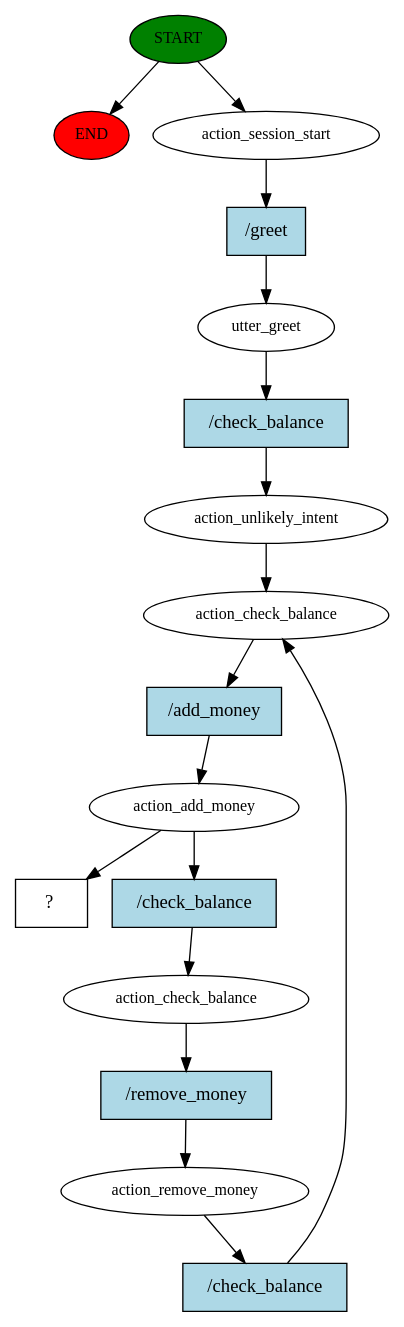
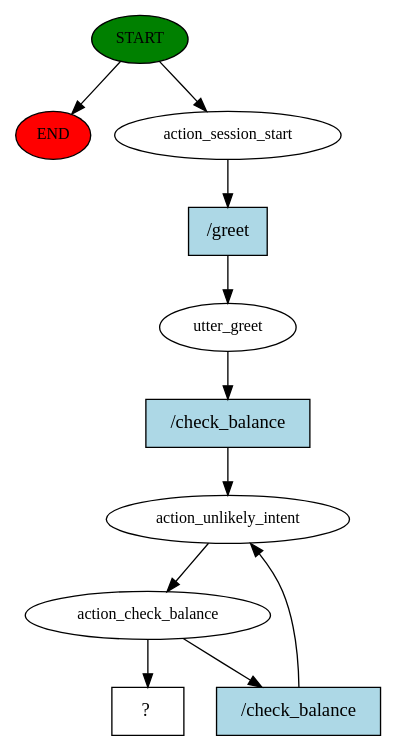
Before and after one commit to Digvijayphutane-NEOSOFT/RASA_mysql: the diagram in story_graph.dot, drawn with Graphviz. The commit also changed 5 other files, not shown here.

```diff
--- a/story_graph.dot
+++ b/story_graph.dot
@@ -1,34 +1,22 @@
 digraph  {
 0 [class="start active", fillcolor=green, fontsize=12, label=START, style=filled];
 "-1" [class=end, fillcolor=red, fontsize=12, label=END, style=filled];
 1 [class=active, fontsize=12, label=action_session_start];
 2 [class=active, fontsize=12, label=utter_greet];
 3 [class=active, fontsize=12, label=action_unlikely_intent];
 4 [class=active, fontsize=12, label=action_check_balance];
-5 [class=active, fontsize=12, label=action_add_money];
-6 [class=active, fontsize=12, label=action_check_balance];
-7 [class=active, fontsize=12, label=action_remove_money];
-10 [class="intent dashed active", label="  ?  ", shape=rect];
-11 [class="intent active", fillcolor=lightblue, label="/greet", shape=rect, style=filled];
-12 [class="intent active", fillcolor=lightblue, label="/check_balance", shape=rect, style=filled];
-13 [class="intent active", fillcolor=lightblue, label="/add_money", shape=rect, style=filled];
-14 [class="intent active", fillcolor=lightblue, label="/check_balance", shape=rect, style=filled];
-15 [class="intent active", fillcolor=lightblue, label="/remove_money", shape=rect, style=filled];
-16 [class="intent active", fillcolor=lightblue, label="/check_balance", shape=rect, style=filled];
+7 [class="intent dashed active", label="  ?  ", shape=rect];
+8 [class="intent active", fillcolor=lightblue, label="/greet", shape=rect, style=filled];
+9 [class="intent active", fillcolor=lightblue, label="/check_balance", shape=rect, style=filled];
+10 [class="intent active", fillcolor=lightblue, label="/check_balance", shape=rect, style=filled];
 0 -> "-1"  [class="", key=NONE, label=""];
 0 -> 1  [class=active, key=NONE, label=""];
-1 -> 11  [class=active, key=0];
-2 -> 12  [class=active, key=0];
+1 -> 8  [class=active, key=0];
+2 -> 9  [class=active, key=0];
 3 -> 4  [class=active, key=NONE, label=""];
-4 -> 13  [class=active, key=0];
-5 -> 10  [class=active, key=NONE, label=""];
-5 -> 14  [class=active, key=0];
-6 -> 15  [class=active, key=0];
-7 -> 16  [class=active, key=0];
-11 -> 2  [class=active, key=0];
-12 -> 3  [class=active, key=0];
-13 -> 5  [class=active, key=0];
-14 -> 6  [class=active, key=0];
-15 -> 7  [class=active, key=0];
-16 -> 4  [class=active, key=0];
+4 -> 7  [class=active, key=NONE, label=""];
+4 -> 10  [class=active, key=0];
+8 -> 2  [class=active, key=0];
+9 -> 3  [class=active, key=0];
+10 -> 3  [class=active, key=0];
 }
```
